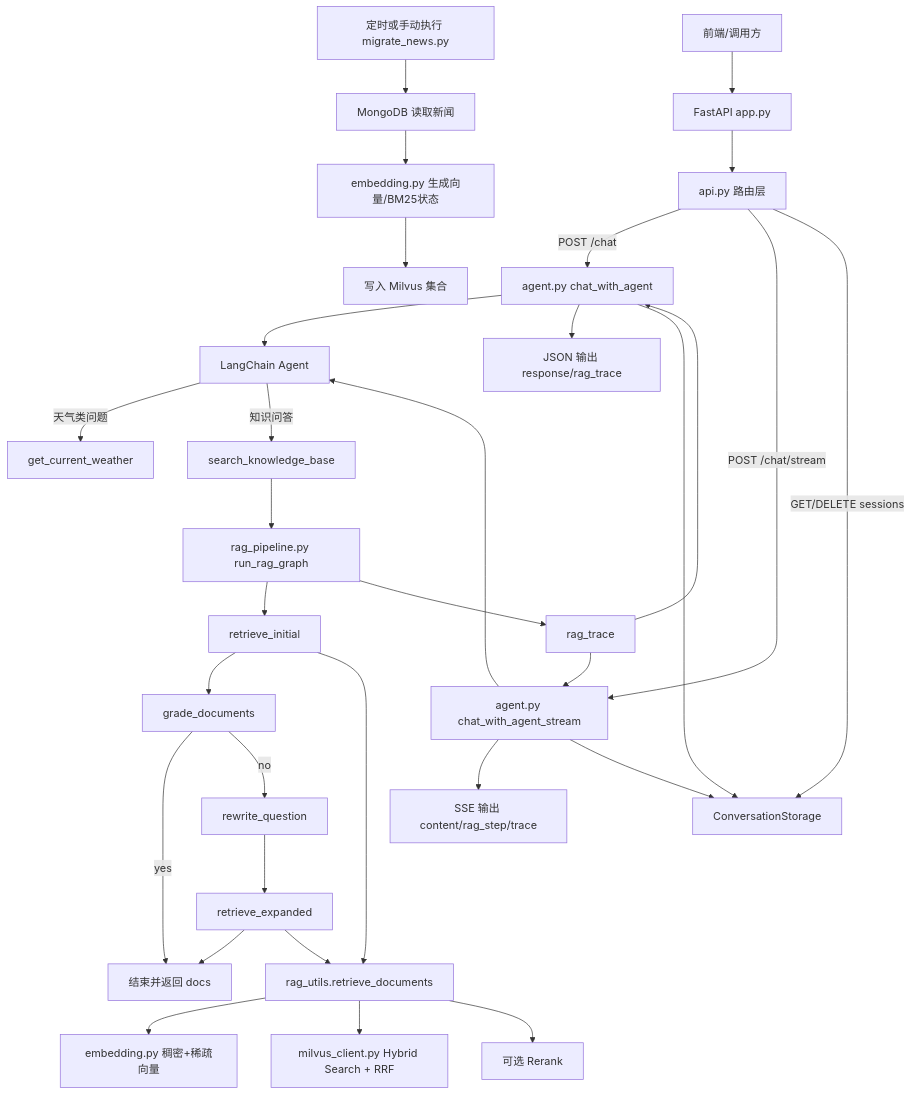
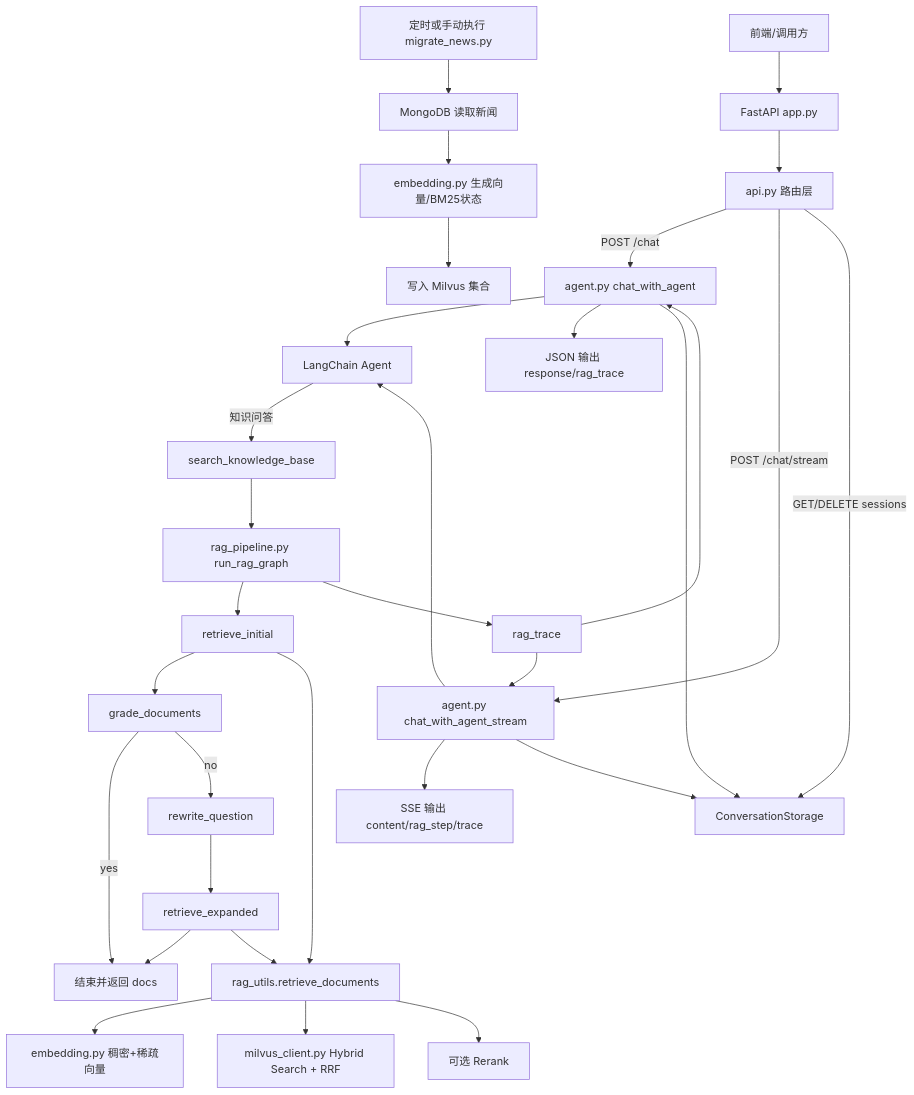
One commit to shersX/AICIS changed the diagram in README.md. Above: the diagram before and after it, drawn with Mermaid. The commit also changed other lines of this file and 10 other files, not shown here.

````diff
--- a/README.md
+++ b/README.md
@@ -159,42 +156,41 @@
 ```mermaid
 flowchart TD
     A[前端/调用方] --> B[FastAPI app.py]
     B --> C[api.py 路由层]
 
     C -->|POST /chat| D[agent.py chat_with_agent]
     C -->|POST /chat/stream| E[agent.py chat_with_agent_stream]
     C -->|GET/DELETE sessions| F[ConversationStorage]
 
     D --> G[LangChain Agent]
     E --> G
-    G -->|天气类问题| H[get_current_weather]
     G -->|知识问答| I[search_knowledge_base]
 
     I --> J[rag_pipeline.py run_rag_graph]
     J --> J1[retrieve_initial]
     J1 --> J2[grade_documents]
     J2 -->|yes| J5[结束并返回 docs]
     J2 -->|no| J3[rewrite_question]
     J3 --> J4[retrieve_expanded]
     J4 --> J5
 
     J1 --> K[rag_utils.retrieve_documents]
     J4 --> K
     K --> L[embedding.py 稠密+稀疏向量]
     K --> M[milvus_client.py Hybrid Search + RRF]
     K --> N[可选 Rerank]
 
     J --> O[rag_trace]
     O --> D
     O --> E
 
     E --> P[SSE 输出 content/rag_step/trace]
     D --> Q[JSON 输出 response/rag_trace]
 
     D --> F
     E --> F
 
     R[定时或手动执行 migrate_news.py] --> S[MongoDB 读取新闻]
     S --> T[embedding.py 生成向量/BM25状态]
     T --> U[写入 Milvus 集合]
 ```
````
